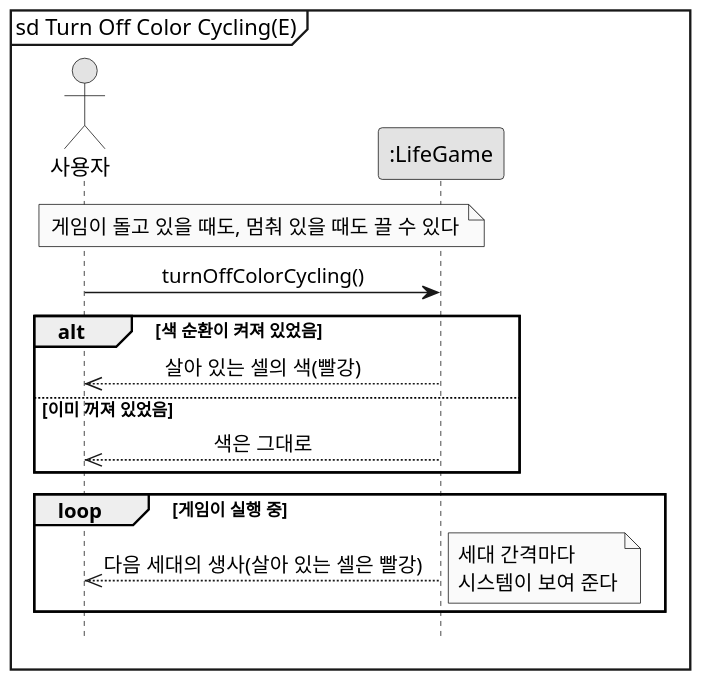
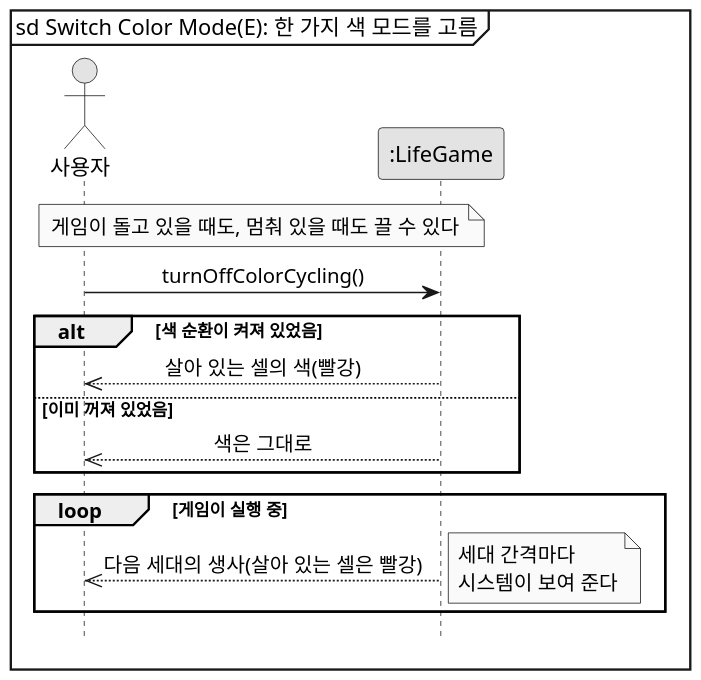
One commit to mckimR1972/DP_team_project changed the diagram in docs/color-gen/diagrams/ssd-turn-off.puml. Above: the diagram before and after it, drawn with PlantUML. The commit also changed 6 other files, not shown here.

Commit message:
docs: 색 순환 유스케이스를 전체 유스케이스 다이어그램에 맞춤

```diff
--- a/docs/color-gen/diagrams/ssd-turn-off.puml
+++ b/docs/color-gen/diagrams/ssd-turn-off.puml
@@ -1,26 +1,26 @@
 @startuml ssd-turn-off
 skinparam monochrome true
 skinparam dpi 150
 skinparam shadowing false
 skinparam defaultFontName "Malgun Gothic"
 skinparam sequenceMessageAlign center
 hide footbox
-mainframe sd Turn Off Color Cycling(E)
+mainframe sd Switch Color Mode(E): 한 가지 색 모드를 고름
 
 actor "사용자" as User
 participant ":LifeGame" as System
 
 note over User, System : 게임이 돌고 있을 때도, 멈춰 있을 때도 끌 수 있다
 
 User -> System : turnOffColorCycling()
 alt 색 순환이 켜져 있었음
   System -->> User : 살아 있는 셀의 색(빨강)
 else 이미 꺼져 있었음
   System -->> User : 색은 그대로
 end
 
 loop 게임이 실행 중
   System -->> User : 다음 세대의 생사(살아 있는 셀은 빨강)
   note right : 세대 간격마다\n시스템이 보여 준다
 end
 @enduml
```
